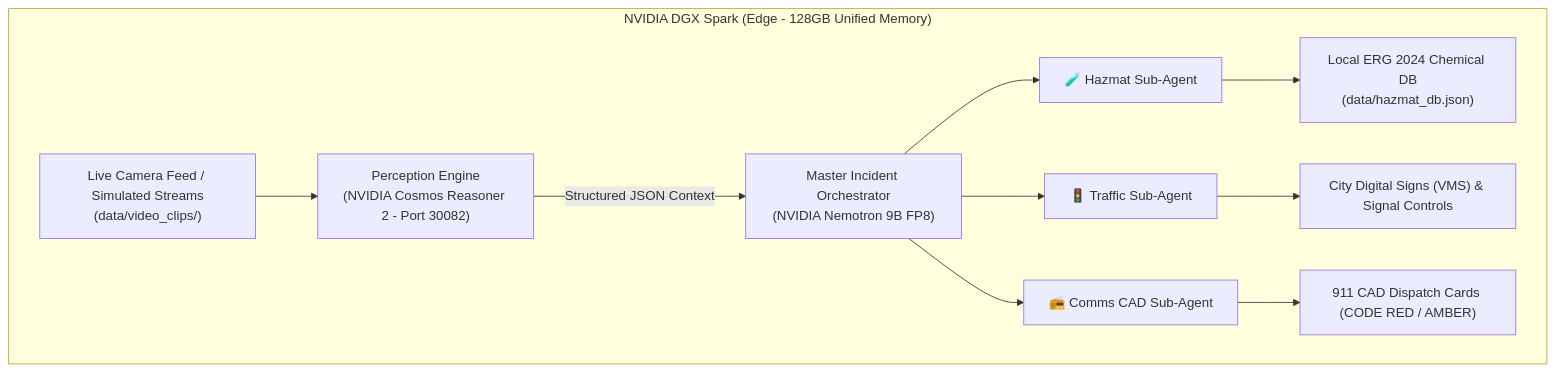
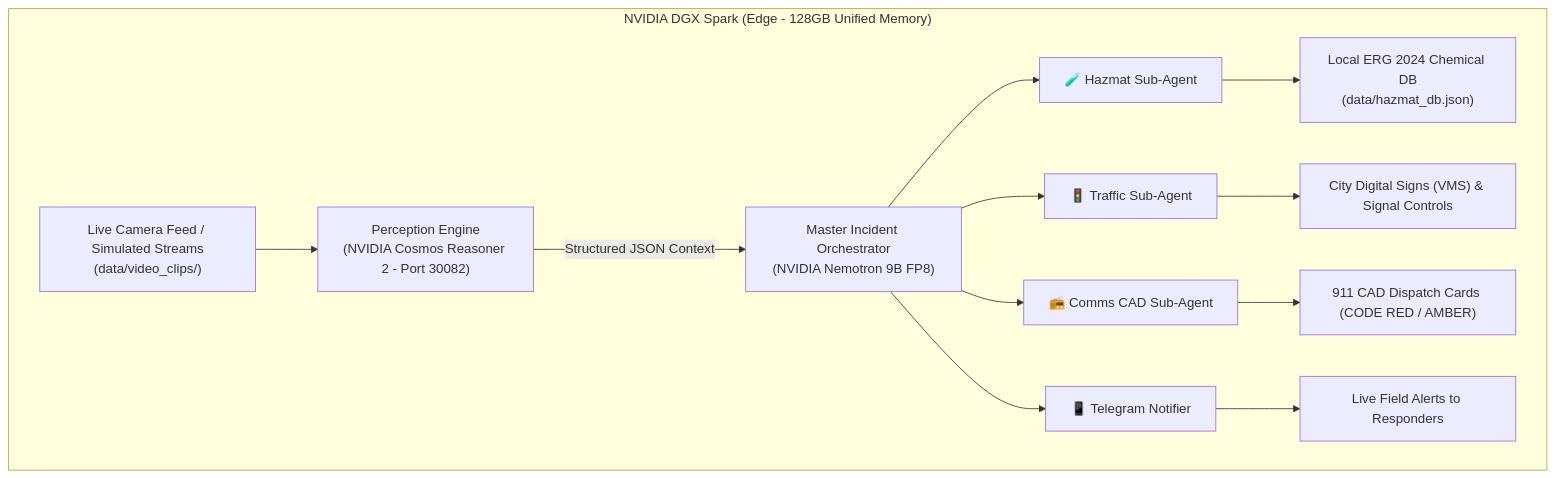
The diagram in README.md (vshah-se/omni-responder-dgx-spark), drawn with Mermaid before and after one commit. The commit also changed other lines of this file, not shown here.

Commit message:
Docs: Add Telegram Notifier to architecture diagram and feature list

````diff
--- a/README.md
+++ b/README.md
@@ -20,15 +20,17 @@
 ```mermaid
 flowchart TD
     subgraph Edge ["NVIDIA DGX Spark (Edge - 128GB Unified Memory)"]
         A["Live Camera Feed / Simulated Streams<br>(data/video_clips/)"] --> B["Perception Engine<br>(NVIDIA Cosmos Reasoner 2 - Port 30082)"]
         B -->|"Structured JSON Context"| C["Master Incident Orchestrator<br>(NVIDIA Nemotron 9B FP8)"]
         
         C --> D["🧪 Hazmat Sub-Agent"]
         C --> E["🚦 Traffic Sub-Agent"]
         C --> F["📻 Comms CAD Sub-Agent"]
+        C --> G["📱 Telegram Notifier"]
         
         D --> D1["Local ERG 2024 Chemical DB<br>(data/hazmat_db.json)"]
         E --> E1["City Digital Signs (VMS) & Signal Controls"]
         F --> F1["911 CAD Dispatch Cards (CODE RED / AMBER)"]
+        G --> G1["Live Field Alerts to Responders"]
     end
 ```
````
